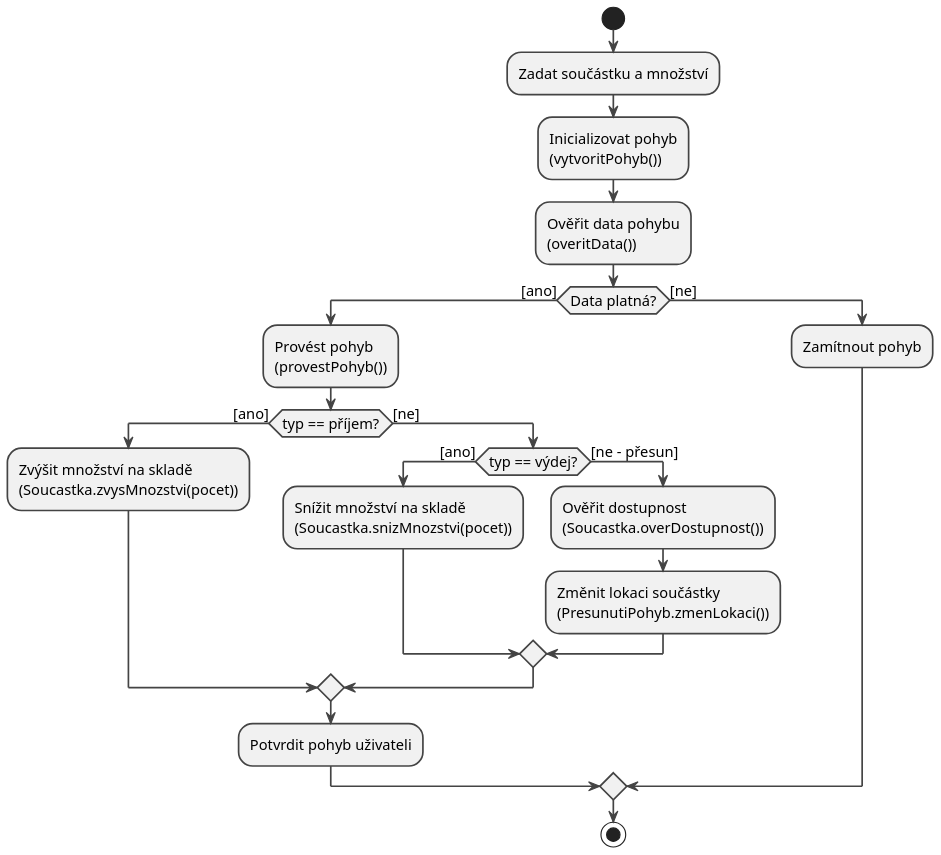
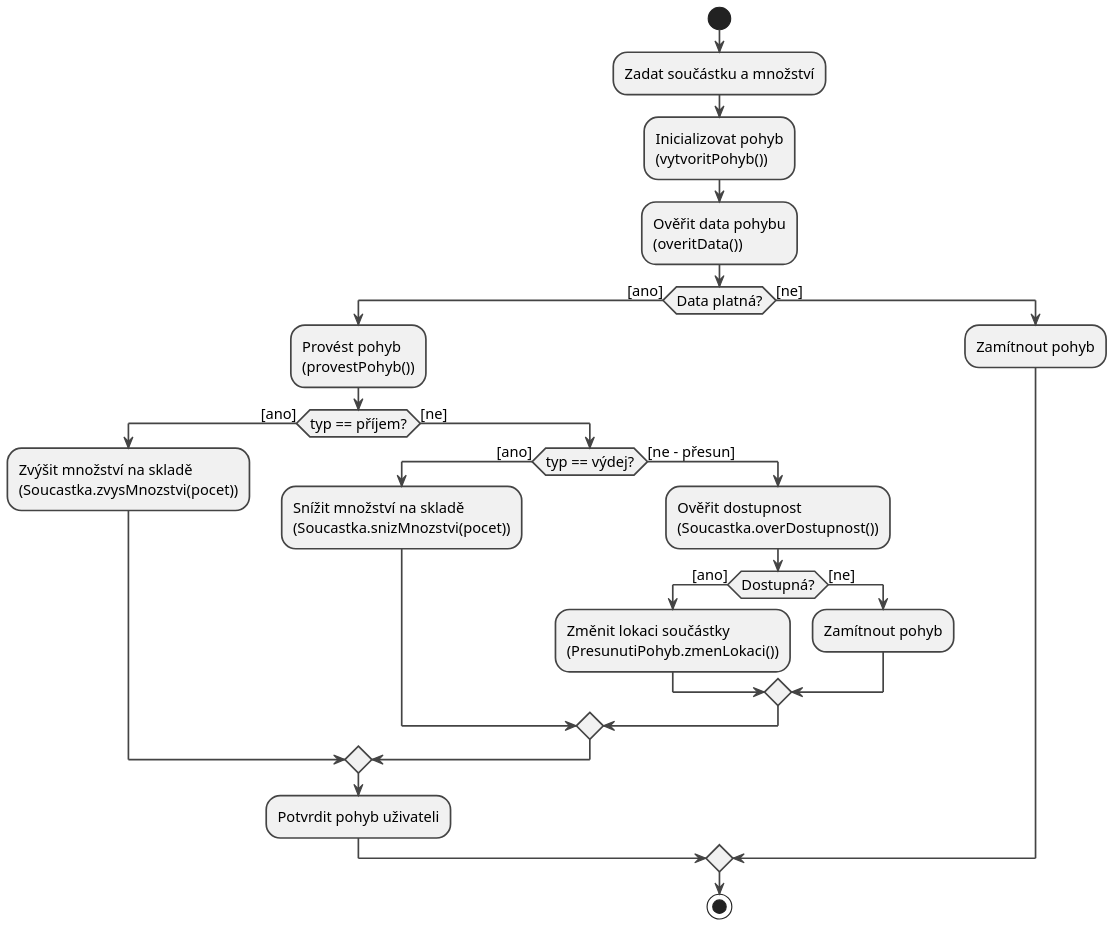
The diagram in diagrams/12_activity_wms.puml (lkvapil/kOdevzdaniProjektWMS), drawn with PlantUML before and after one commit. The commit also changed 6 other files, not shown here.

```diff
--- a/diagrams/12_activity_wms.puml
+++ b/diagrams/12_activity_wms.puml
@@ -1,38 +1,42 @@
 @startuml
 scale 1.5
 skinparam defaultFontSize 13
 skinparam ArrowThickness 1.5
 skinparam ActivityBorderThickness 1.5
 skinparam ActivityDiamondBorderThickness 1.5
 skinparam ActivityBorderColor #444444
 skinparam ActivityDiamondBorderColor #444444
 skinparam ArrowColor #444444
 
 start
 
 :Zadat součástku a množství;
 :Inicializovat pohyb\n(vytvoritPohyb());
 :Ověřit data pohybu\n(overitData());
 
 if (Data platná?) then ([ano])
   :Provést pohyb\n(provestPohyb());
 
   if (typ == příjem?) then ([ano])
     :Zvýšit množství na skladě\n(Soucastka.zvysMnozstvi(pocet));
   else ([ne])
     if (typ == výdej?) then ([ano])
       :Snížit množství na skladě\n(Soucastka.snizMnozstvi(pocet));
     else ([ne – přesun])
       :Ověřit dostupnost\n(Soucastka.overDostupnost());
-      :Změnit lokaci součástky\n(PresunutiPohyb.zmenLokaci());
+      if (Dostupná?) then ([ano])
+        :Změnit lokaci součástky\n(PresunutiPohyb.zmenLokaci());
+      else ([ne])
+        :Zamítnout pohyb;
+      endif
     endif
   endif
 
   :Potvrdit pohyb uživateli;
 
 else ([ne])
   :Zamítnout pohyb;
 endif
 
 stop
 @enduml
```
